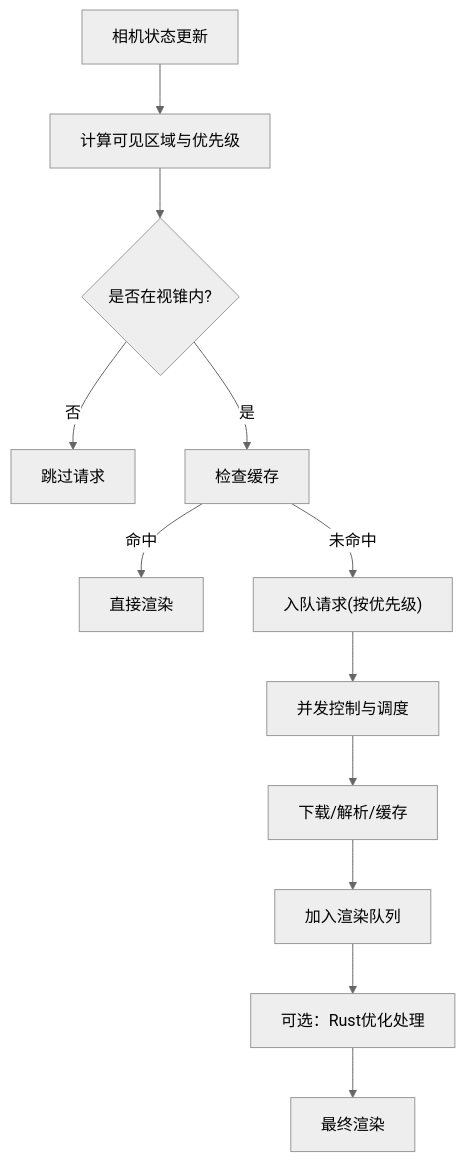
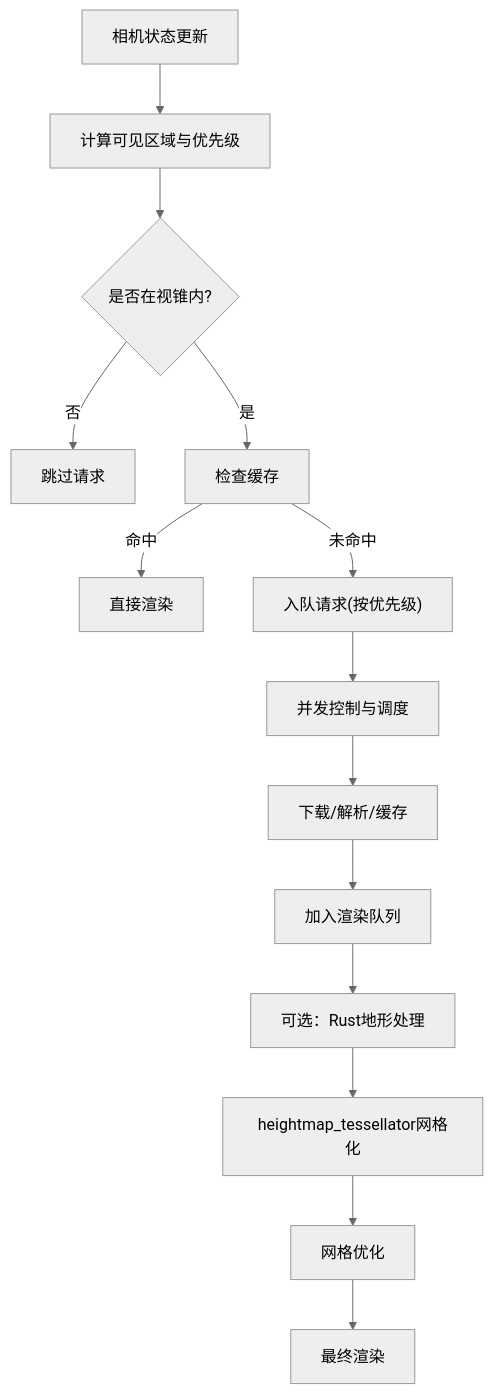
Before and after one commit to rzhangjing/cesium: the sixth of 7 diagrams in .qoder/repowiki/zh/content/项目概述/核心特性/地形与影像系统/地形数据提供者系统.md, drawn with Mermaid (neutral theme). The commit also changed other lines of this file and 32 other files, not shown here.

````diff
--- a/.qoder/repowiki/zh/content/项目概述/核心特性/地形与影像系统/地形数据提供者系统.md
+++ b/.qoder/repowiki/zh/content/项目概述/核心特性/地形与影像系统/地形数据提供者系统.md
@@ -345,14 +441,16 @@
 ```mermaid
 flowchart TD
 A["相机状态更新"] --> B["计算可见区域与优先级"]
 B --> C{"是否在视锥内?"}
 C --> |否| D["跳过请求"]
 C --> |是| E["检查缓存"]
 E --> |命中| F["直接渲染"]
 E --> |未命中| G["入队请求(按优先级)"]
 G --> H["并发控制与调度"]
 H --> I["下载/解析/缓存"]
 I --> J["加入渲染队列"]
-J --> K["可选：Rust优化处理"]
-K --> L["最终渲染"]
+J --> K["可选：Rust地形处理"]
+K --> Tessellator["heightmap_tessellator网格化"]
+Tessellator --> Optimizer["网格优化"]
+Optimizer --> L["最终渲染"]
 ```
````
